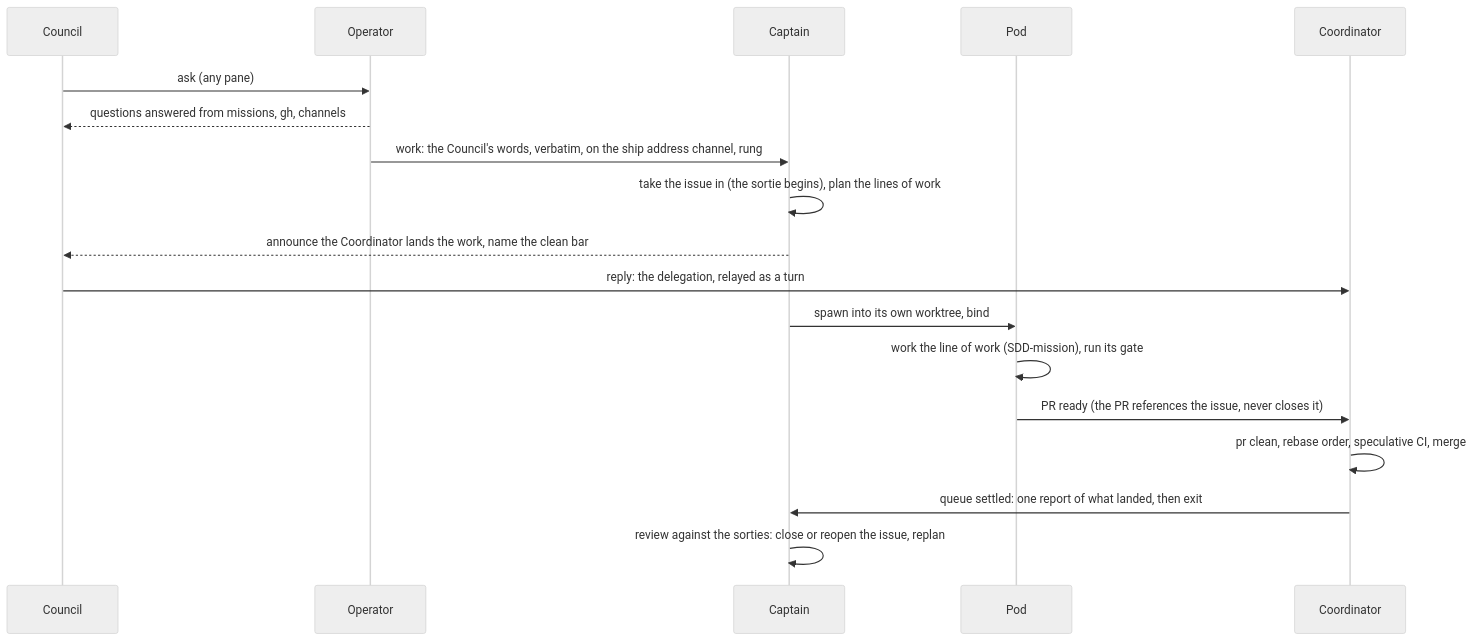
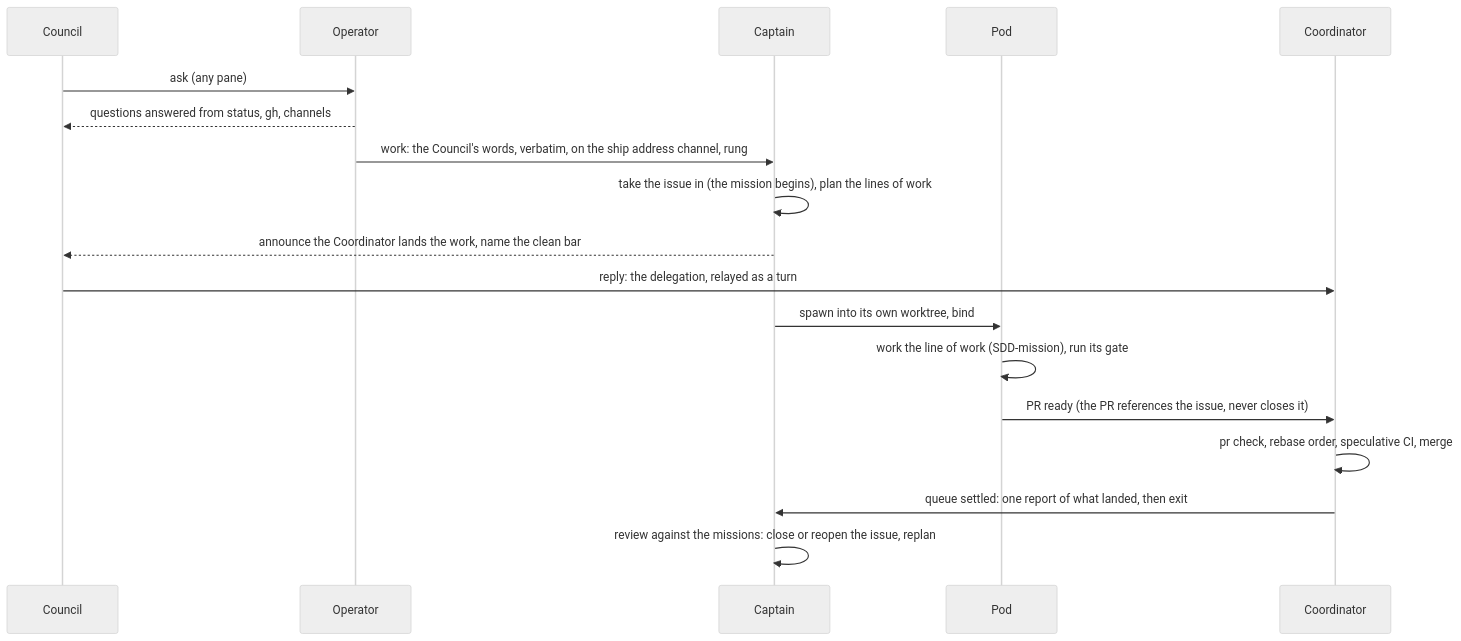
Before and after one commit to cyberuni/cyberfleet: the first of 2 diagrams in .agents/specs/cyberfleet/design/lifecycle.md, drawn with Mermaid (neutral theme). The commit also changed other lines of this file and 14 other files, not shown here.

````diff
--- a/.agents/specs/cyberfleet/design/lifecycle.md
+++ b/.agents/specs/cyberfleet/design/lifecycle.md
@@ -9,20 +9,20 @@
 ```mermaid
 sequenceDiagram
   participant C as Council
   participant O as Operator
   participant K as Captain
   participant P as Pod
   participant D as Coordinator
   C->>O: ask (any pane)
-  O-->>C: questions answered from missions, gh, channels
+  O-->>C: questions answered from status, gh, channels
   O->>K: work: the Council's words, verbatim, on the ship address channel, rung
-  K->>K: take the issue in (the sortie begins), plan the lines of work
+  K->>K: take the issue in (the mission begins), plan the lines of work
   K-->>C: announce the Coordinator lands the work, name the clean bar
   C->>D: reply: the delegation, relayed as a turn
   K->>P: spawn into its own worktree, bind
   P->>P: work the line of work (SDD-mission), run its gate
   P->>D: PR ready (the PR references the issue, never closes it)
-  D->>D: pr clean, rebase order, speculative CI, merge
+  D->>D: pr check, rebase order, speculative CI, merge
   D->>K: queue settled: one report of what landed, then exit
-  K->>K: review against the sorties: close or reopen the issue, replan
+  K->>K: review against the missions: close or reopen the issue, replan
 ```
````
